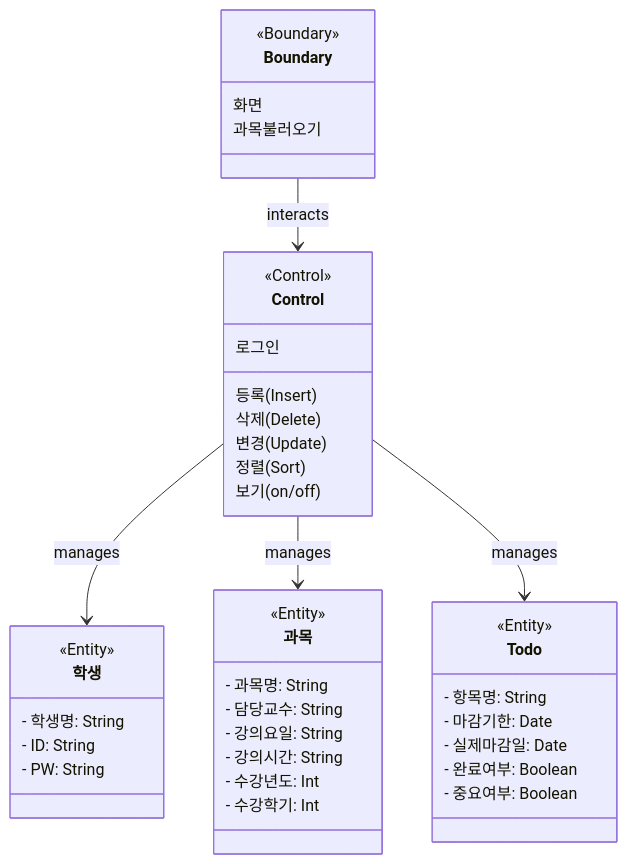
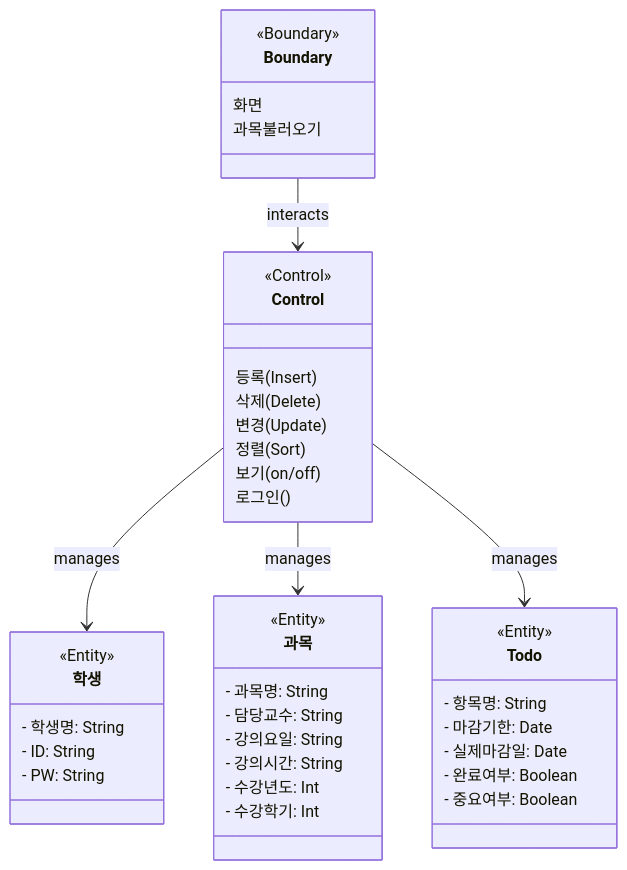
Before and after one commit to tjfdnjfch/classDiagram: the diagram in classDiagram.mmd, drawn with Mermaid.

```diff
--- a/classDiagram.mmd
+++ b/classDiagram.mmd
@@ -1,47 +1,47 @@
 classDiagram
     class Boundary {
         <<Boundary>>
         화면
         과목불러오기
     }
 
     class Control {
         <<Control>>
         등록(Insert)
         삭제(Delete)
         변경(Update)
         정렬(Sort)
         보기(on/off)
-        로그인
+        로그인()
     }
 
     class 학생 {
         <<Entity>>
         - 학생명: String
         - ID: String
         - PW: String
     }
 
     class 과목 {
         <<Entity>>
         - 과목명: String
         - 담당교수: String
         - 강의요일: String
         - 강의시간: String
         - 수강년도: Int
         - 수강학기: Int
     }
 
     class Todo {
         <<Entity>>
         - 항목명: String
         - 마감기한: Date
         - 실제마감일: Date
         - 완료여부: Boolean
         - 중요여부: Boolean
     }
 
     Boundary --> Control : interacts
     Control --> 학생 : manages
     Control --> 과목 : manages
     Control --> Todo : manages
```
